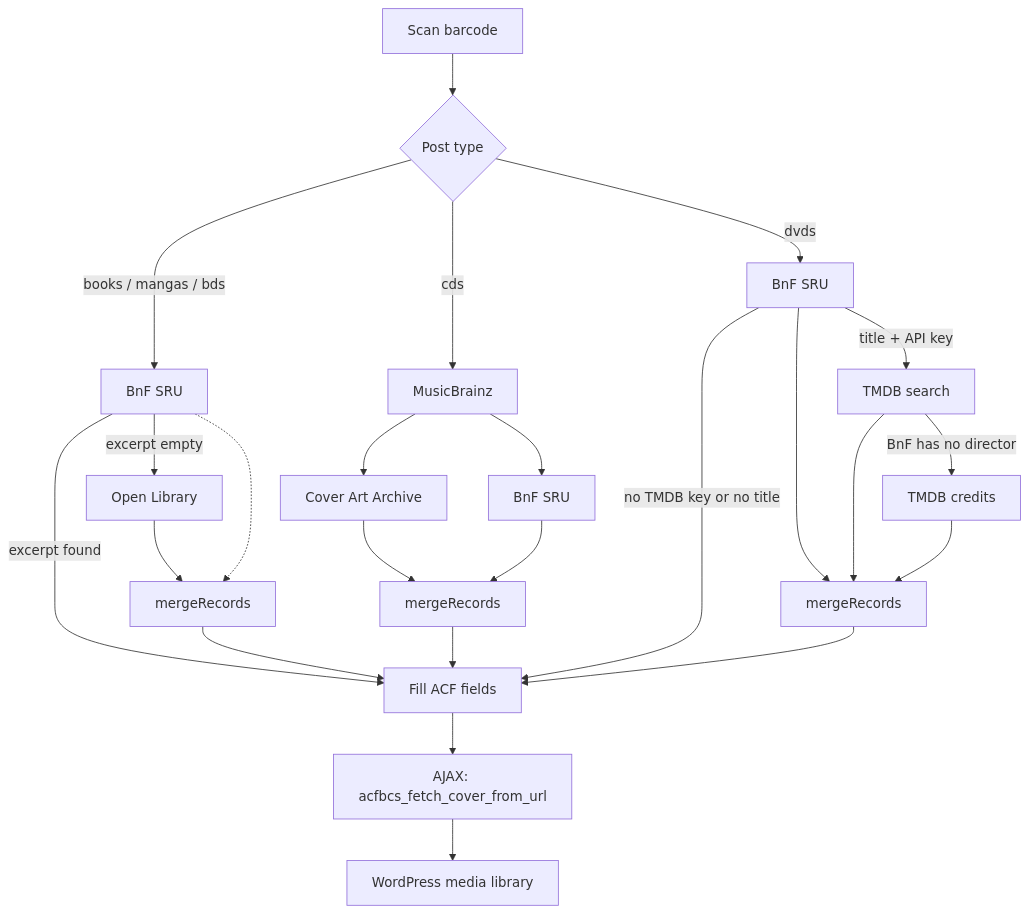
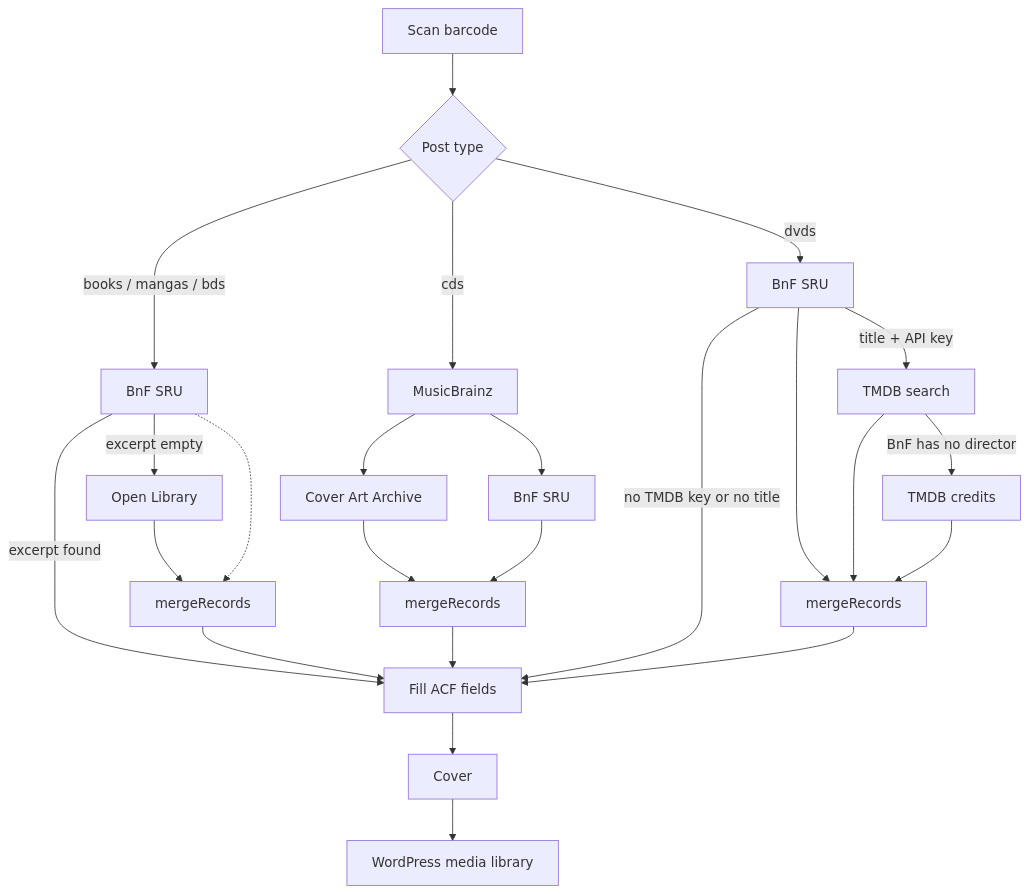
One commit to LaTableRouge/acf-barcodescanner changed the diagram in README.md. Above: the diagram before and after it, drawn with Mermaid.

````diff
--- a/README.md
+++ b/README.md
@@ -34,30 +34,30 @@
 ```mermaid
 flowchart TB
   Scan[Scan barcode] --> Type{Post type}
 
   Type -->|books / mangas / bds| BnFBooks[BnF SRU]
   BnFBooks -->|excerpt found| Fill[Fill ACF fields]
   BnFBooks -->|excerpt empty| OL[Open Library]
   OL --> MergeBooks[mergeRecords]
   BnFBooks -.-> MergeBooks
   MergeBooks --> Fill
 
   Type -->|cds| MB[MusicBrainz]
   MB --> CAA[Cover Art Archive]
   MB --> BnFCds[BnF SRU]
   CAA --> MergeCds[mergeRecords]
   BnFCds --> MergeCds
   MergeCds --> Fill
 
   Type -->|dvds| BnFDvds[BnF SRU]
   BnFDvds -->|no TMDB key or no title| Fill
   BnFDvds -->|title + API key| TMDB[TMDB search]
   TMDB -->|BnF has no director| Credits[TMDB credits]
   BnFDvds --> MergeDvds[mergeRecords]
   TMDB --> MergeDvds
   Credits --> MergeDvds
   MergeDvds --> Fill
 
-  Fill --> Cover["AJAX: acfbcs_fetch_cover_from_url"]
+  Fill --> Cover
   Cover --> Media[WordPress media library]
 ```
````
